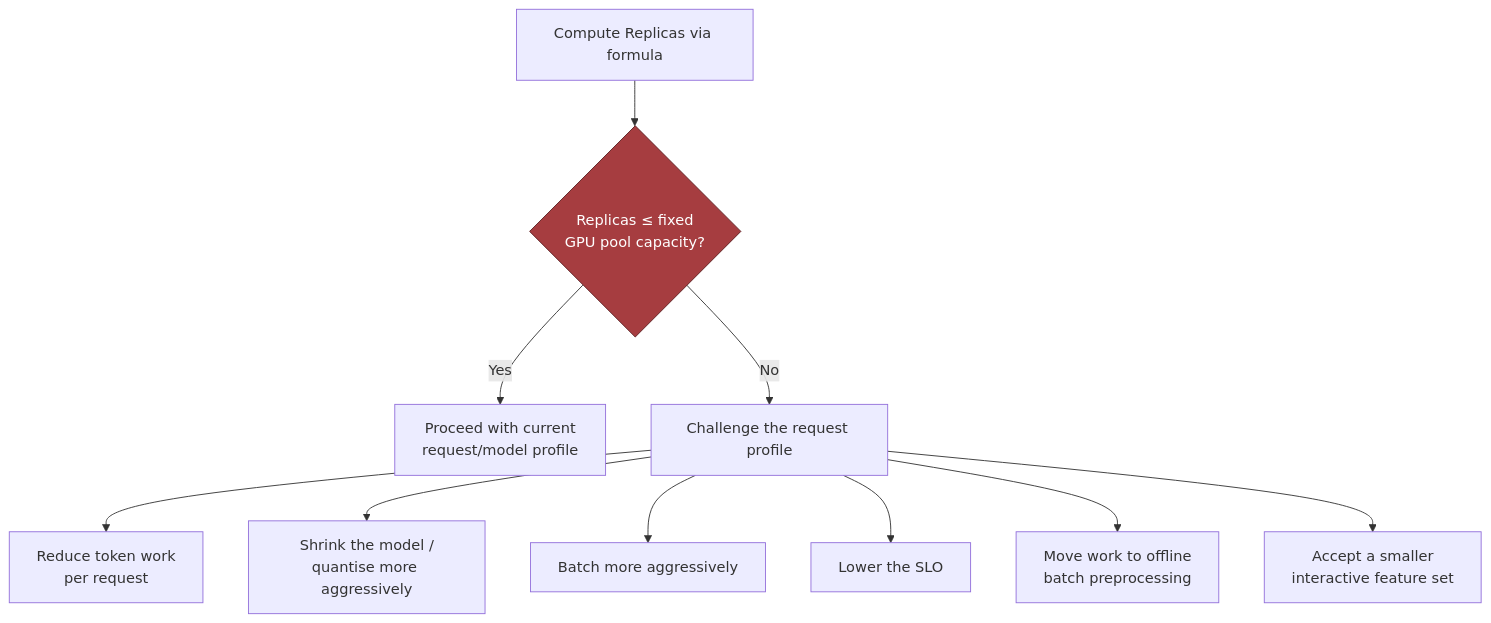
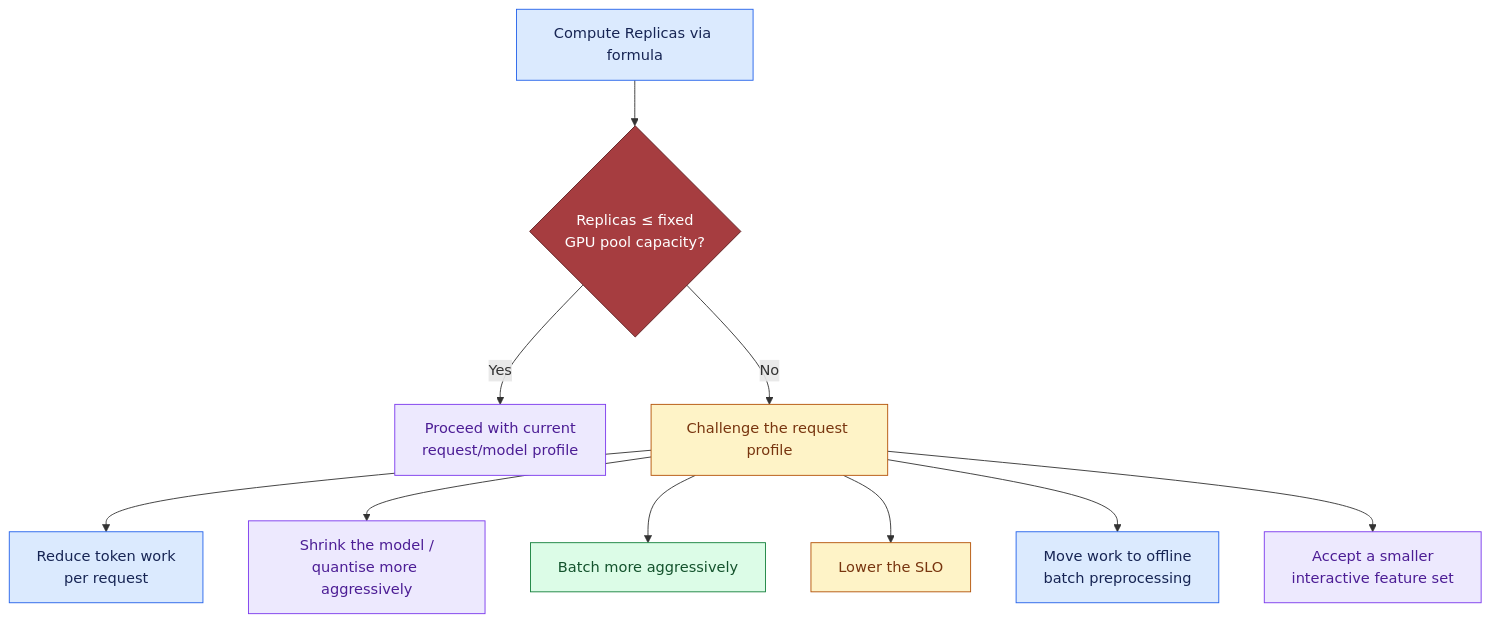
One commit to Sourav692/Forward-Deployed-Engineer-Interview-Prep changed the diagram in 02_System_Design_Case_Studies/Standalone_Designs/19_Air_Gapped_AI_System/3_Tutorial/19_Tutorial_Part_2.md. Above: the diagram before and after it, drawn with Mermaid. The commit also changed 1268 other files, not shown here.

First line of the commit message:
content: polish Casebook writing and Mermaid diagrams (#251)

````diff
--- a/02_System_Design_Case_Studies/Standalone_Designs/19_Air_Gapped_AI_System/3_Tutorial/19_Tutorial_Part_2.md
+++ b/02_System_Design_Case_Studies/Standalone_Designs/19_Air_Gapped_AI_System/3_Tutorial/19_Tutorial_Part_2.md
@@ -50,13 +50,23 @@
 ```mermaid
 flowchart TD
     R["Compute Replicas via formula"] --> Q{"Replicas ≤ fixed<br/>GPU pool capacity?"}
     Q -->|Yes| OK["Proceed with current<br/>request/model profile"]
     Q -->|No| Options["Challenge the request profile"]
     Options --> O1["Reduce token work<br/>per request"]
     Options --> O2["Shrink the model /<br/>quantise more aggressively"]
     Options --> O3["Batch more aggressively"]
     Options --> O4["Lower the SLO"]
     Options --> O5["Move work to offline<br/>batch preprocessing"]
     Options --> O6["Accept a smaller<br/>interactive feature set"]
     style Q fill:#a63d40,stroke:#5c1f22,color:#fff
+
+    %% Casebook colours: entry, reasoning, results, controls, and stopped paths.
+    classDef cbInput fill:#dbeafe,stroke:#2563eb,color:#172554
+    class R,O1,O5 cbInput
+    classDef cbReason fill:#ede9fe,stroke:#7c3aed,color:#4c1d95
+    class Q,OK,O2,O6 cbReason
+    classDef cbPolicy fill:#fef3c7,stroke:#b45309,color:#78350f
+    class Options,O4 cbPolicy
+    classDef cbAction fill:#dcfce7,stroke:#15803d,color:#14532d
+    class O3 cbAction
 ```
````
